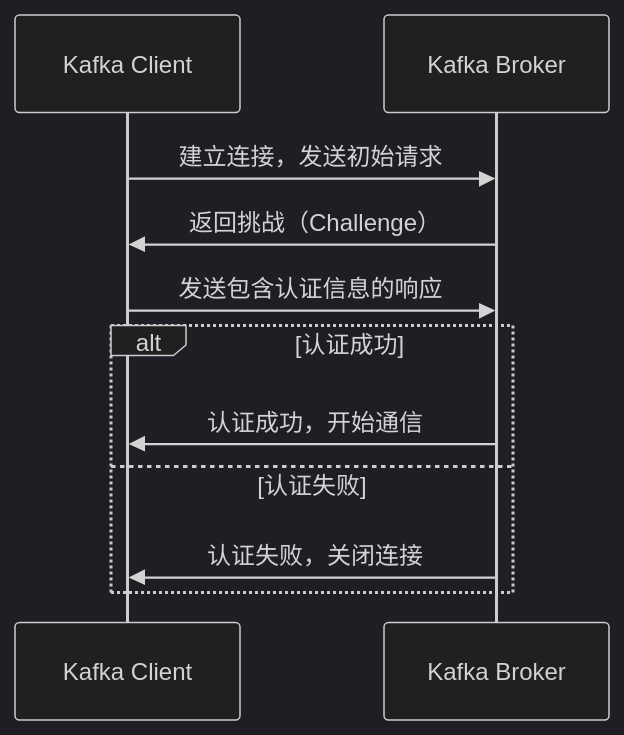
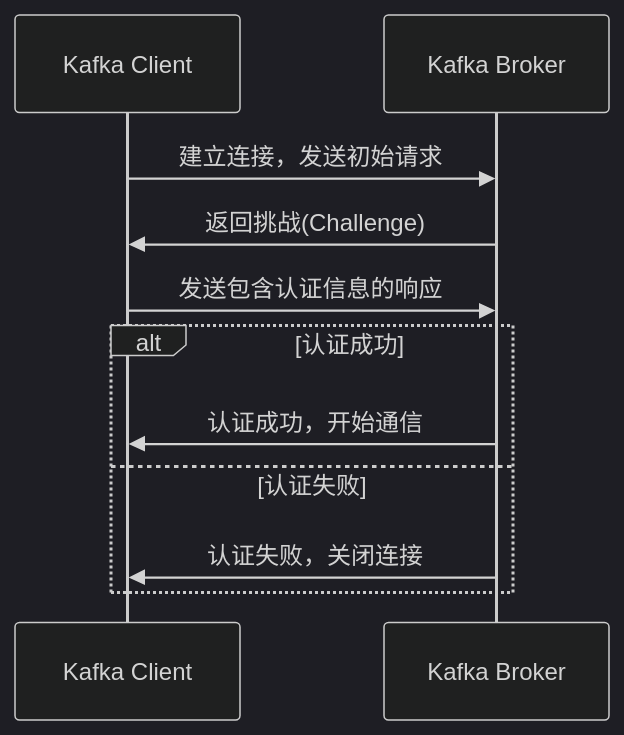
One commit to zz12121/KnowledgeDevelope changed the first of 2 diagrams in 10_DevelopLanguage/006_MessageQueue/04_KafkaSubject/08、Kafka 安全性.md. Above: the diagram before and after it, drawn with Mermaid (dark theme). The commit also changed other lines of this file and 12 other files, not shown here.

Commit message:
fix: 修复全库 Mermaid 图表语法错误

````diff
--- a/10_DevelopLanguage/006_MessageQueue/04_KafkaSubject/08、Kafka 安全性.md
+++ b/10_DevelopLanguage/006_MessageQueue/04_KafkaSubject/08、Kafka 安全性.md
@@ -19,13 +19,14 @@
 ```mermaid
 sequenceDiagram
     participant C as Kafka Client
     participant B as Kafka Broker
     C->>B: 建立连接，发送初始请求
-    B->>C: 返回挑战（Challenge）
+    B->>C: 返回挑战(Challenge)
     C->>B: 发送包含认证信息的响应
     alt 认证成功
         B->>C: 认证成功，开始通信
     else 认证失败
         B->>C: 认证失败，关闭连接
     end
+
 ```
````
